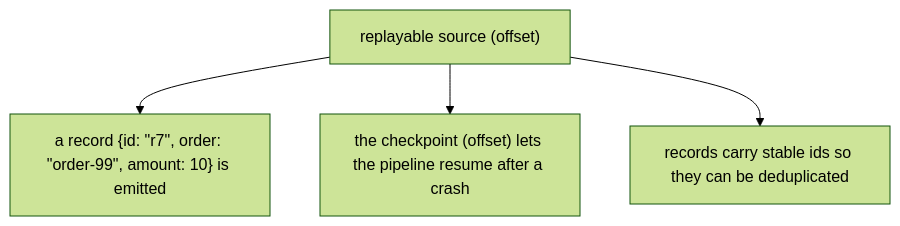
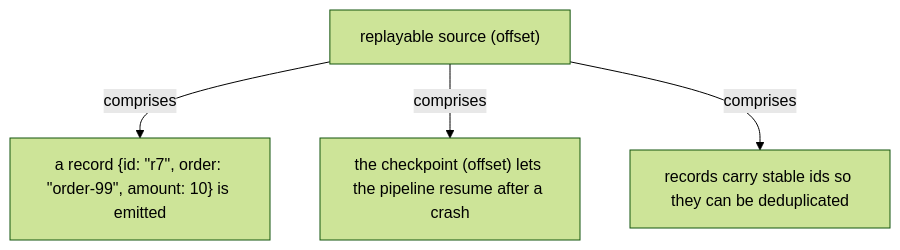
Before and after one commit to vinayakuber/streaming-systems-study-guide: the fourth of 19 diagrams in docs/ch05-exactly-once-and-side-effects.md, drawn with Mermaid (forest theme). The commit also changed other lines of this file and 22 other files, not shown here.

First line of the commit message:
R18: label every diagram arrow with its meaning

````diff
--- a/docs/ch05-exactly-once-and-side-effects.md
+++ b/docs/ch05-exactly-once-and-side-effects.md
@@ -151,7 +151,7 @@
 ```mermaid
 flowchart TD
   R["replayable source (offset)"]
-  R --> P0["a record {id: #quot;r7#quot;, order: #quot;order-99#quot;, amount: 10} is emitted"]
-  R --> P1["the checkpoint (offset) lets the pipeline resume after a crash"]
-  R --> P2["records carry stable ids so they can be deduplicated"]
+  R -->|"comprises"| P0["a record {id: #quot;r7#quot;, order: #quot;order-99#quot;, amount: 10} is emitted"]
+  R -->|"comprises"| P1["the checkpoint (offset) lets the pipeline resume after a crash"]
+  R -->|"comprises"| P2["records carry stable ids so they can be deduplicated"]
 ```
````
